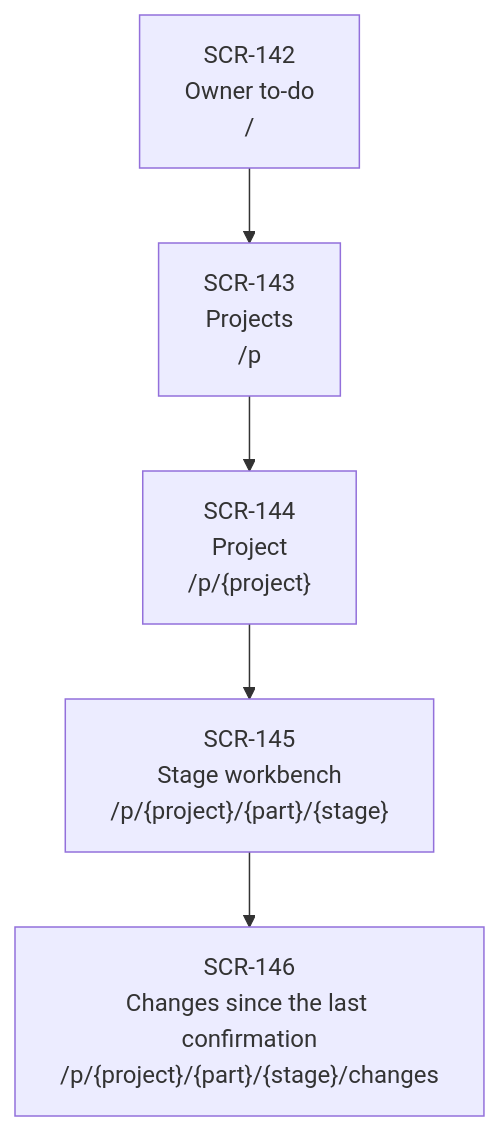
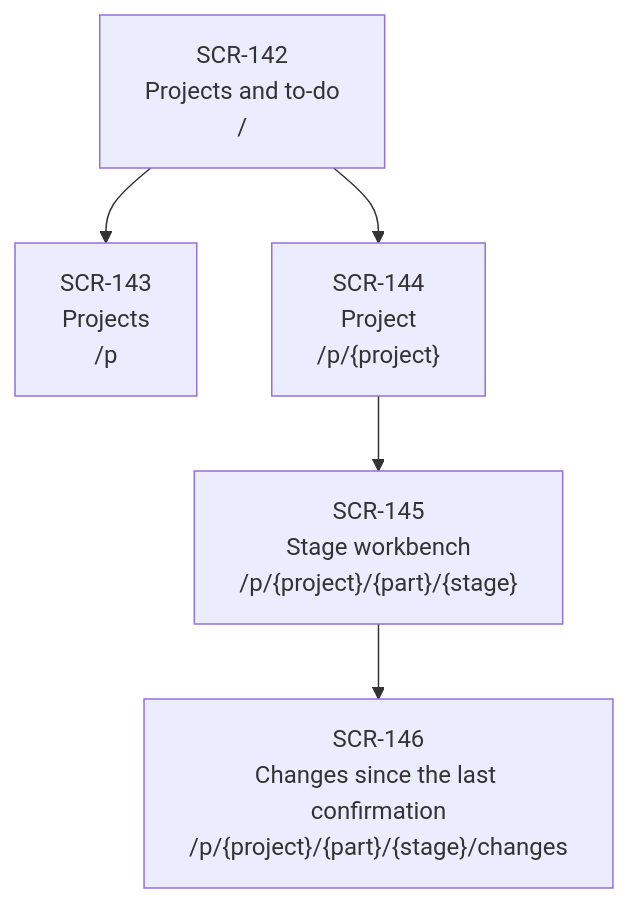
One commit to kodonghui/corthex-nexus changed the diagram in docs/07-sitemap/README.md. Above: the diagram before and after it, drawn with Mermaid. The commit also changed other lines of this file and 69 other files, not shown here.

````diff
--- a/docs/07-sitemap/README.md
+++ b/docs/07-sitemap/README.md
@@ -13,13 +13,13 @@
 ```mermaid
 flowchart TD
   %% grammar: structure
-  SCR142["SCR-142<br/>Owner to-do<br/>/"]
+  SCR142["SCR-142<br/>Projects and to-do<br/>/"]
   SCR143["SCR-143<br/>Projects<br/>/p"]
   SCR144["SCR-144<br/>Project<br/>/p/{project}"]
   SCR145["SCR-145<br/>Stage workbench<br/>/p/{project}/{part}/{stage}"]
   SCR146["SCR-146<br/>Changes since the last confirmation<br/>/p/{project}/{part}/{stage}/changes"]
   SCR142 --> SCR143
-  SCR143 --> SCR144
+  SCR142 --> SCR144
   SCR144 --> SCR145
   SCR145 --> SCR146
 ```
````
